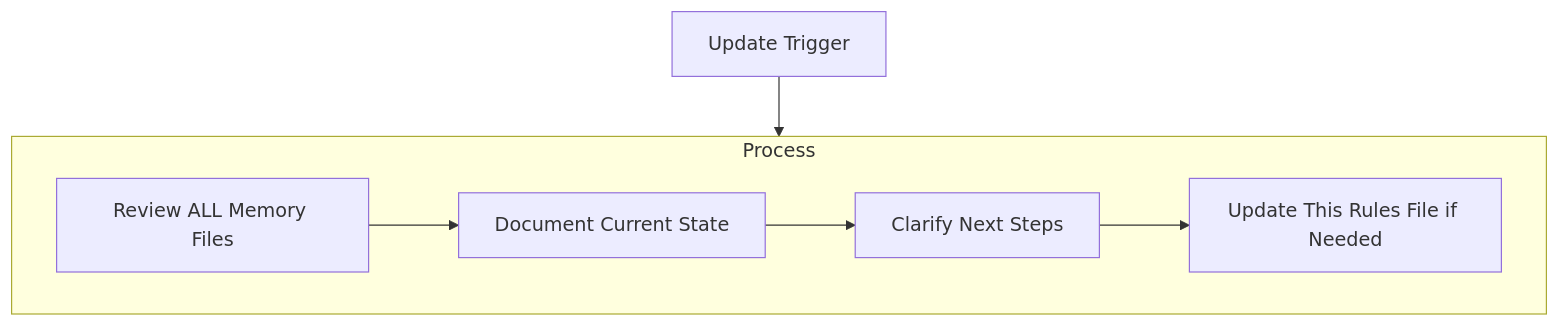
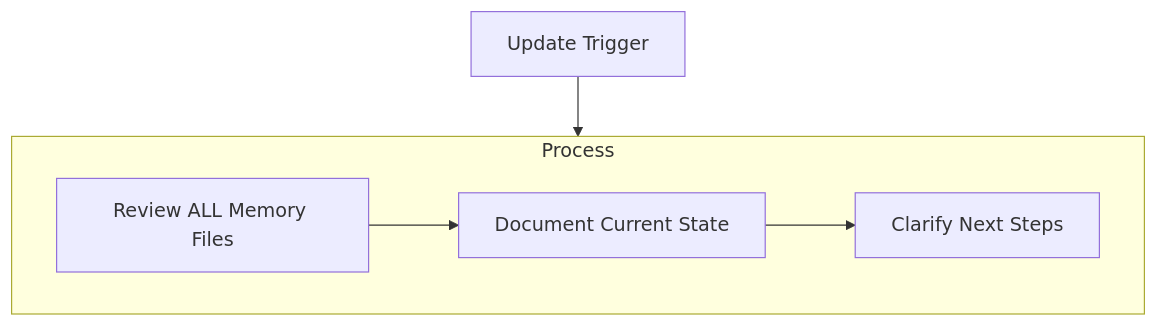
The sixth of 7 diagrams in user_rules.md (lucaszprado/ai-engineering), drawn with Mermaid before and after one commit. The commit also changed other lines of this file, not shown here.

````diff
--- a/user_rules.md
+++ b/user_rules.md
@@ -172,15 +168,14 @@
 ```mermaid
 flowchart TD
     Start[Update Trigger]
     
     subgraph Process
         P1[Review ALL Memory Files]
         P2[Document Current State]
         P3[Clarify Next Steps]
-        P4[Update This Rules File if Needed]
         
-        P1 --> P2 --> P3 --> P4
+        P1 --> P2 --> P3
     end
     
     Start --> Process
 ```
````
